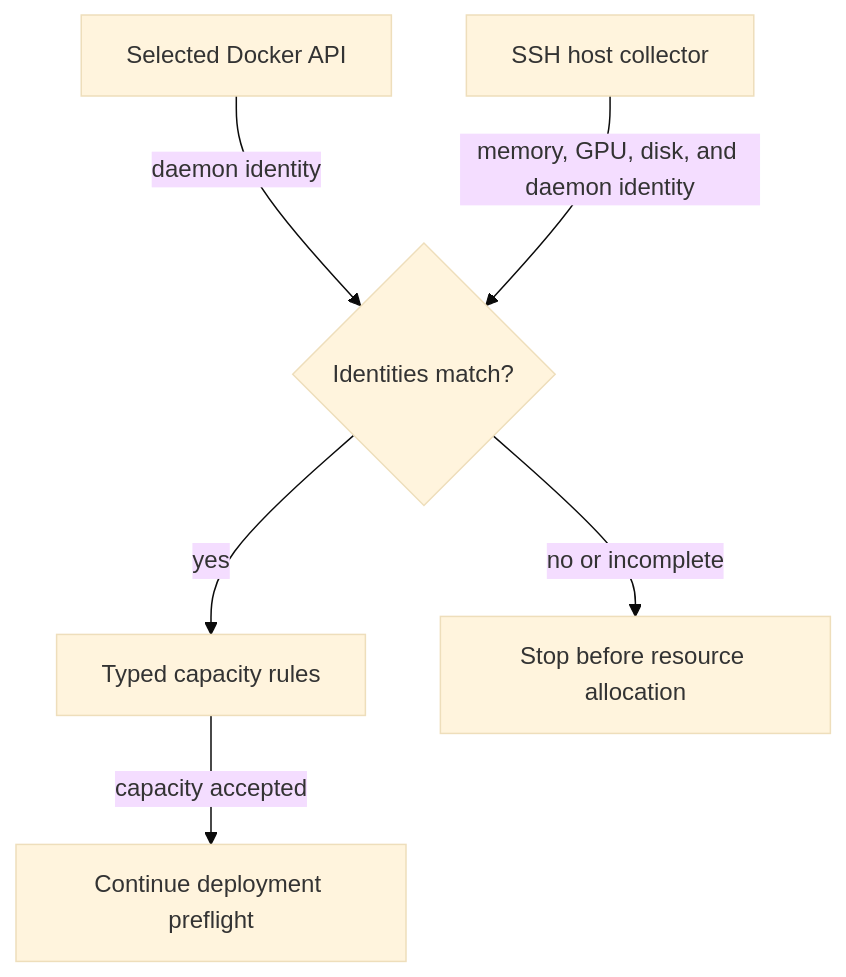
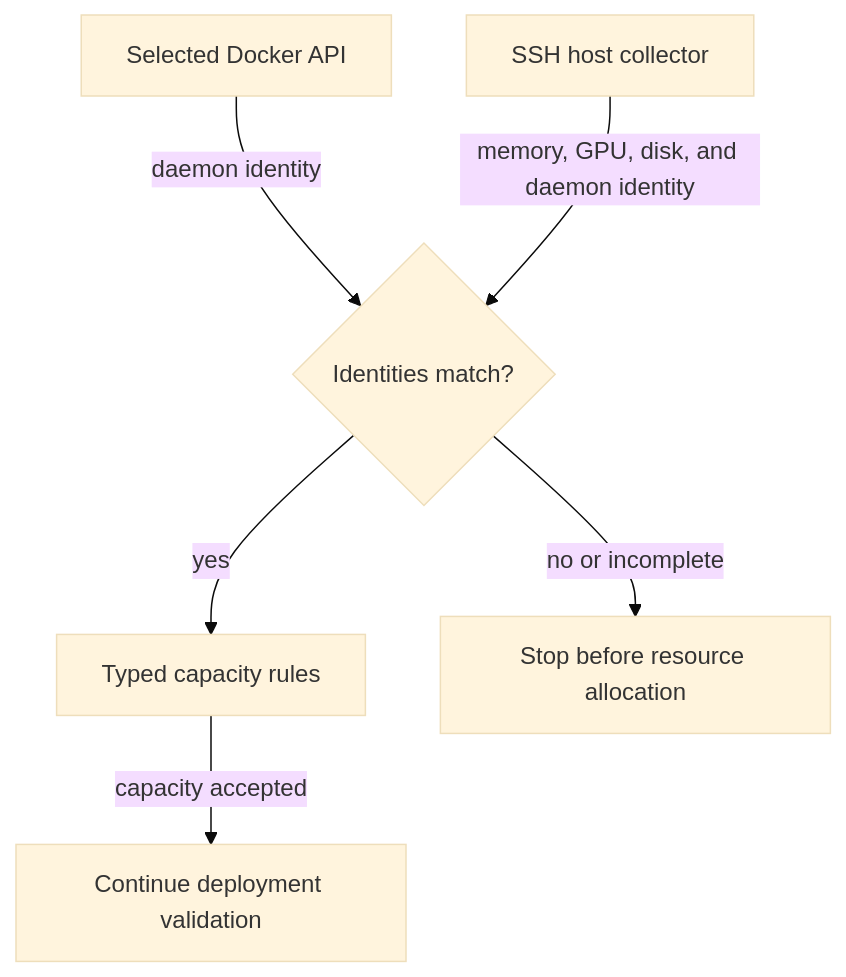
The diagram in docs/engine-assumptions.md (NVIDIA/NemoClaw), drawn with Mermaid (base theme) before and after one commit. The commit also changed other lines of this file and 13 other files, not shown here.

````diff
--- a/docs/engine-assumptions.md
+++ b/docs/engine-assumptions.md
@@ -61,8 +61,8 @@
 ```mermaid
 flowchart TD
     API[Selected Docker API] -->|daemon identity| Match{Identities match?}
     SSH[SSH host collector] -->|memory, GPU, disk, and daemon identity| Match
     Match -->|yes| Rules[Typed capacity rules]
     Match -->|no or incomplete| Stop[Stop before resource allocation]
-    Rules -->|capacity accepted| Start[Continue deployment preflight]
+    Rules -->|capacity accepted| Start[Continue deployment validation]
 ```
````
